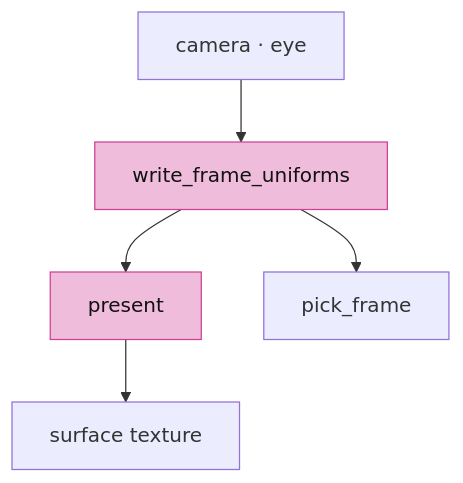
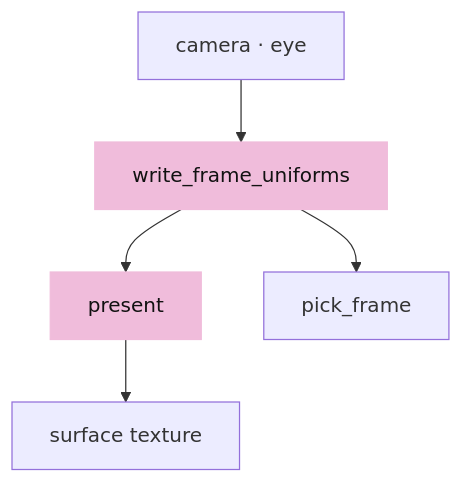
Before and after one commit to petrasvestartas/session: the fourth of 19 diagrams in session_viewer/docs/12-picking.md, drawn with Mermaid. The commit also changed other lines of this file and 324 other files, not shown here.

````diff
--- a/session_viewer/docs/12-picking.md
+++ b/session_viewer/docs/12-picking.md
@@ -94,8 +102,8 @@
 ```mermaid
 flowchart TB
     C["camera · eye"] --> U["write_frame_uniforms"]
     U --> P["present"] --> S["surface texture"]
     U --> K["pick_frame"]
-    style U fill:#f0bcdb,stroke:#ce4095,color:#111
-    style P fill:#f0bcdb,stroke:#ce4095,color:#111
+    style U fill:#f0bcdb,stroke:#f0bcdb,color:#111
+    style P fill:#f0bcdb,stroke:#f0bcdb,color:#111
 ```
````
